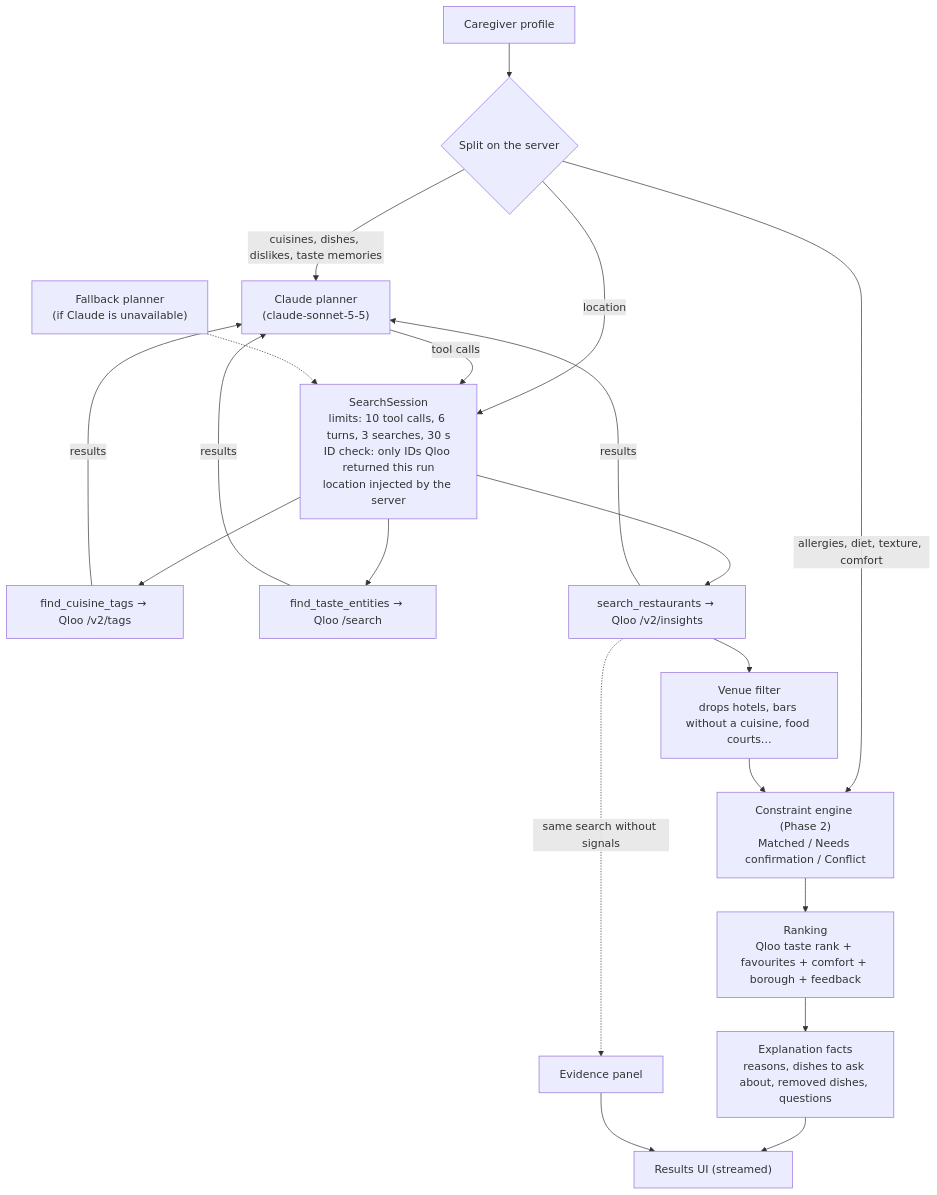
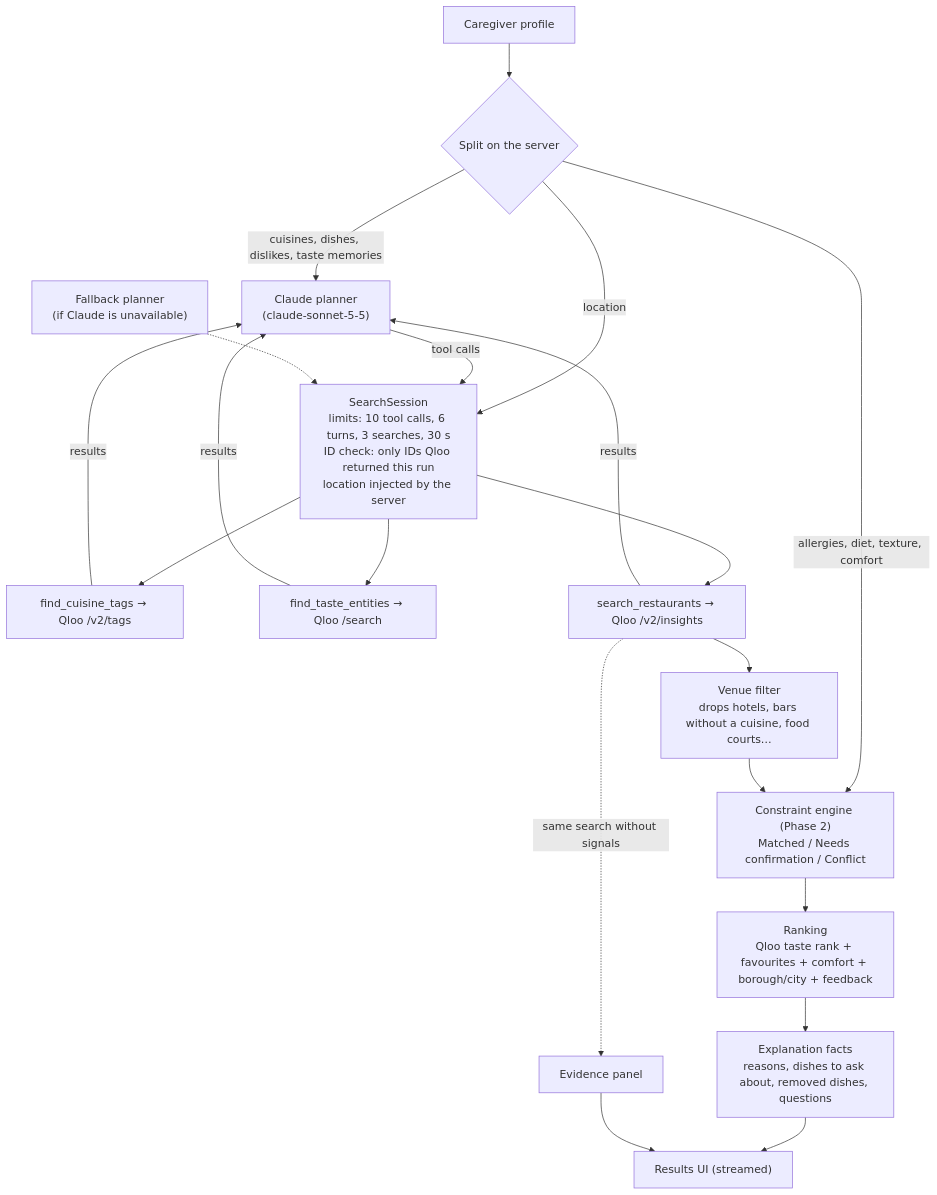
Before and after one commit to kirahszn/tastora: the diagram in README.md, drawn with Mermaid. The commit also changed other lines of this file and 47 other files, not shown here.

````diff
--- a/README.md
+++ b/README.md
@@ -129,20 +152,20 @@
 ```mermaid
 flowchart TD
     P["Caregiver profile"] --> S{"Split on the server"}
     S -- "cuisines, dishes, dislikes, taste memories" --> C["Claude planner<br/>(claude-sonnet-5-5)"]
     S -- "allergies, diet, texture, comfort" --> E
     S -- "location" --> T
     C -- "tool calls" --> T["SearchSession<br/>limits: 10 tool calls, 6 turns, 3 searches, 30 s<br/>ID check: only IDs Qloo returned this run<br/>location injected by the server"]
     T --> F1["find_cuisine_tags → Qloo /v2/tags"]
     T --> F2["find_taste_entities → Qloo /search"]
     T --> F3["search_restaurants → Qloo /v2/insights"]
     F1 & F2 & F3 -- "results" --> C
     F3 --> V["Venue filter<br/>drops hotels, bars without a cuisine, food courts…"]
     V --> E["Constraint engine (Phase 2)<br/>Matched / Needs confirmation / Conflict"]
-    E --> R["Ranking<br/>Qloo taste rank + favourites + comfort + borough + feedback"]
+    E --> R["Ranking<br/>Qloo taste rank + favourites + comfort + borough/city + feedback"]
     R --> X["Explanation facts<br/>reasons, dishes to ask about, removed dishes, questions"]
     F3 -. "same search without signals" .-> B["Evidence panel"]
     X --> U["Results UI (streamed)"]
     B --> U
     K["Fallback planner<br/>(if Claude is unavailable)"] -.-> T
 ```
````
